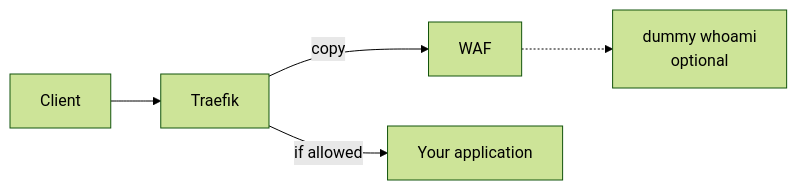
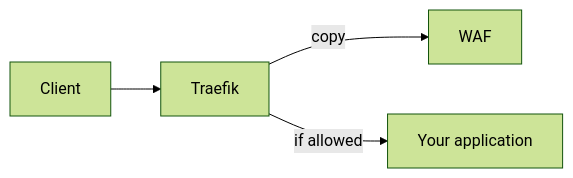
The diagram in README.md (david-garcia-garcia/traefik-modsecurity), drawn with Mermaid (forest theme) before and after one commit. The commit also changed other lines of this file and 54 other files, not shown here.

````diff
--- a/README.md
+++ b/README.md
@@ -65,7 +65,6 @@
 ```mermaid
 flowchart LR
   Client --> Traefik
   Traefik -->|"copy"| WAF[WAF]
   Traefik -->|"if allowed"| App[Your application]
-  WAF -.-> Dummy["dummy whoami\noptional"]
 ```
````
